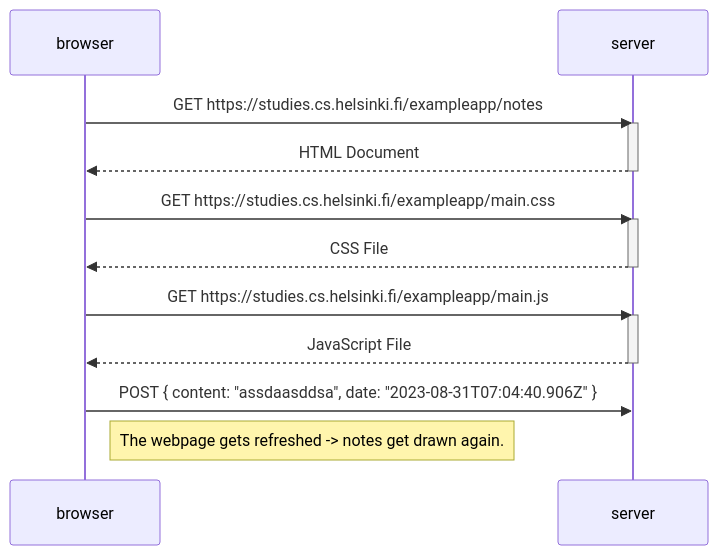
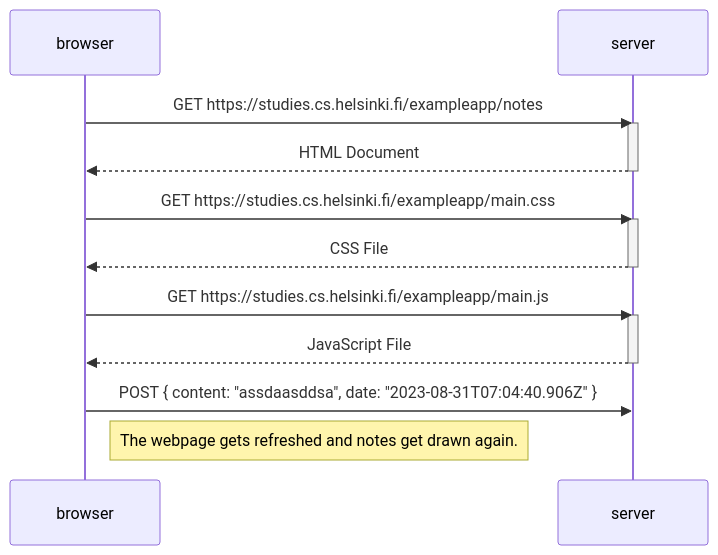
One commit to valtteriper/FullstackOpen changed the diagram in part_0_4.md. Above: the diagram before and after it, drawn with Mermaid.

````diff
--- a/part_0_4.md
+++ b/part_0_4.md
@@ -1,25 +1,25 @@
 ```mermaid
 sequenceDiagram
     participant browser
     participant server
     
     browser->>server: GET https://studies.cs.helsinki.fi/exampleapp/notes
     activate server
     server-->>browser: HTML Document
     deactivate server
 
     browser->>server: GET https://studies.cs.helsinki.fi/exampleapp/main.css
     activate server
     server-->>browser: CSS File
     deactivate server
 
     browser->>server: GET https://studies.cs.helsinki.fi/exampleapp/main.js
     activate server
     server-->>browser: JavaScript File
     deactivate server
 
     browser->>server: POST { content: "assdaasddsa", date: "2023-08-31T07:04:40.906Z" }
 
-Note right of browser: The webpage gets refreshed -> notes get drawn again.
+Note right of browser: The webpage gets refreshed and notes get drawn again.
 
 ```
````
